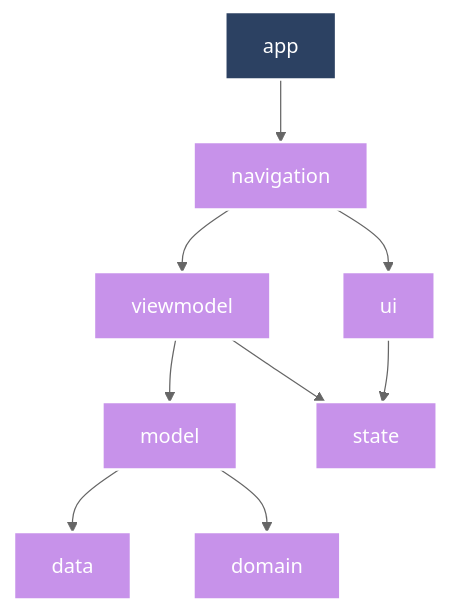
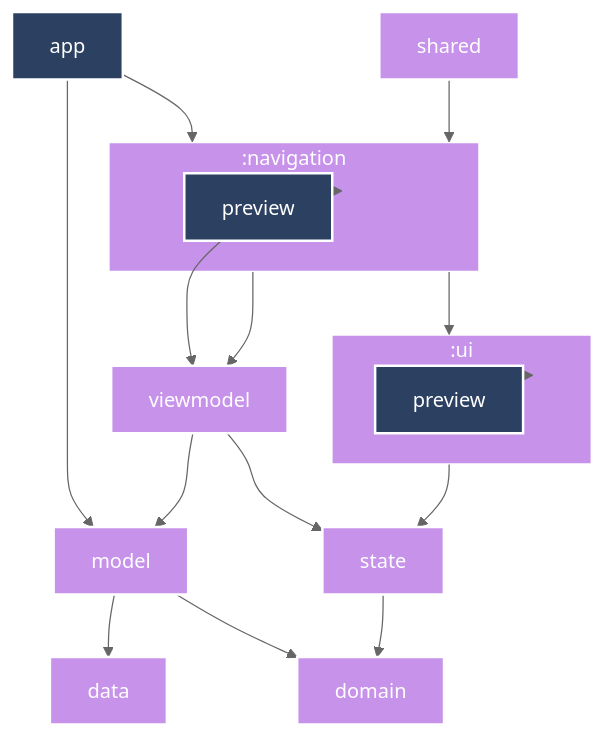
The diagram in README.md (lulkr/string-notebook), drawn with Mermaid before and after one commit.

Commit message:
📝 모듈 그래프 갱신.

````diff
--- a/README.md
+++ b/README.md
@@ -78,38 +78,55 @@
 ```mermaid
 %%{
   init: {
     'theme': 'neutral'
   }
 }%%
 
 graph TB
   :app["app"]
   :data["data"]
   :domain["domain"]
   :model["model"]
   :navigation["navigation"]
+  :shared["shared"]
   :state["state"]
   :ui["ui"]
   :viewmodel["viewmodel"]
+        
+  subgraph :navigation
+    :navigation:preview["preview"]
+  end
+  subgraph :ui
+    :ui:preview["preview"]
+  end
 
+  :app --> :model
   :app --> :navigation
   :model --> :data
   :model --> :domain
   :navigation --> :ui
   :navigation --> :viewmodel
+  :navigation:preview --> :navigation
+  :navigation:preview --> :viewmodel
+  :shared --> :navigation
+  :state --> :domain
   :viewmodel --> :model
   :viewmodel --> :state
   :ui --> :state
+  :ui:preview --> :ui
 
 classDef android-application fill:#2C4162,stroke:#fff,stroke-width:2px,color:#fff;
 classDef kotlin-multiplatform fill:#C792EA,stroke:#fff,stroke-width:2px,color:#fff;
         
 class :app android-application
 class :data kotlin-multiplatform
 class :domain kotlin-multiplatform
 class :model kotlin-multiplatform
 class :navigation kotlin-multiplatform
+class :navigation:preview android-application
+class :shared kotlin-multiplatform
 class :state kotlin-multiplatform
 class :ui kotlin-multiplatform
+class :ui:preview android-application
 class :viewmodel kotlin-multiplatform
 ```
````
